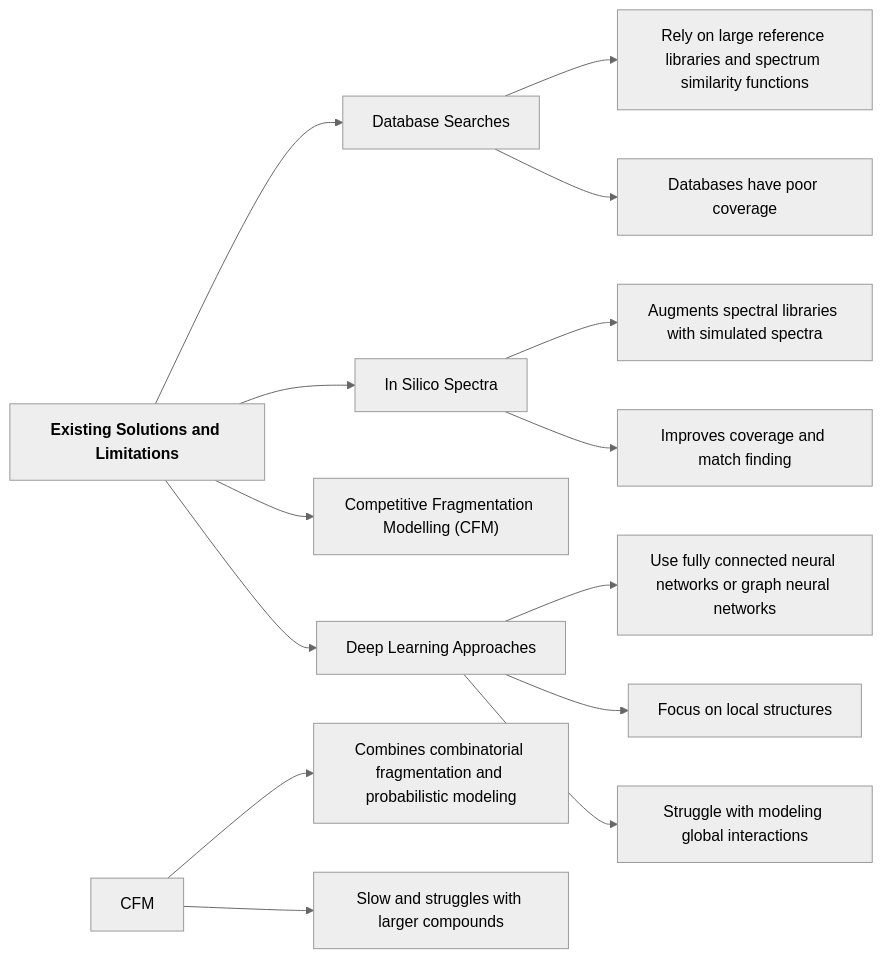
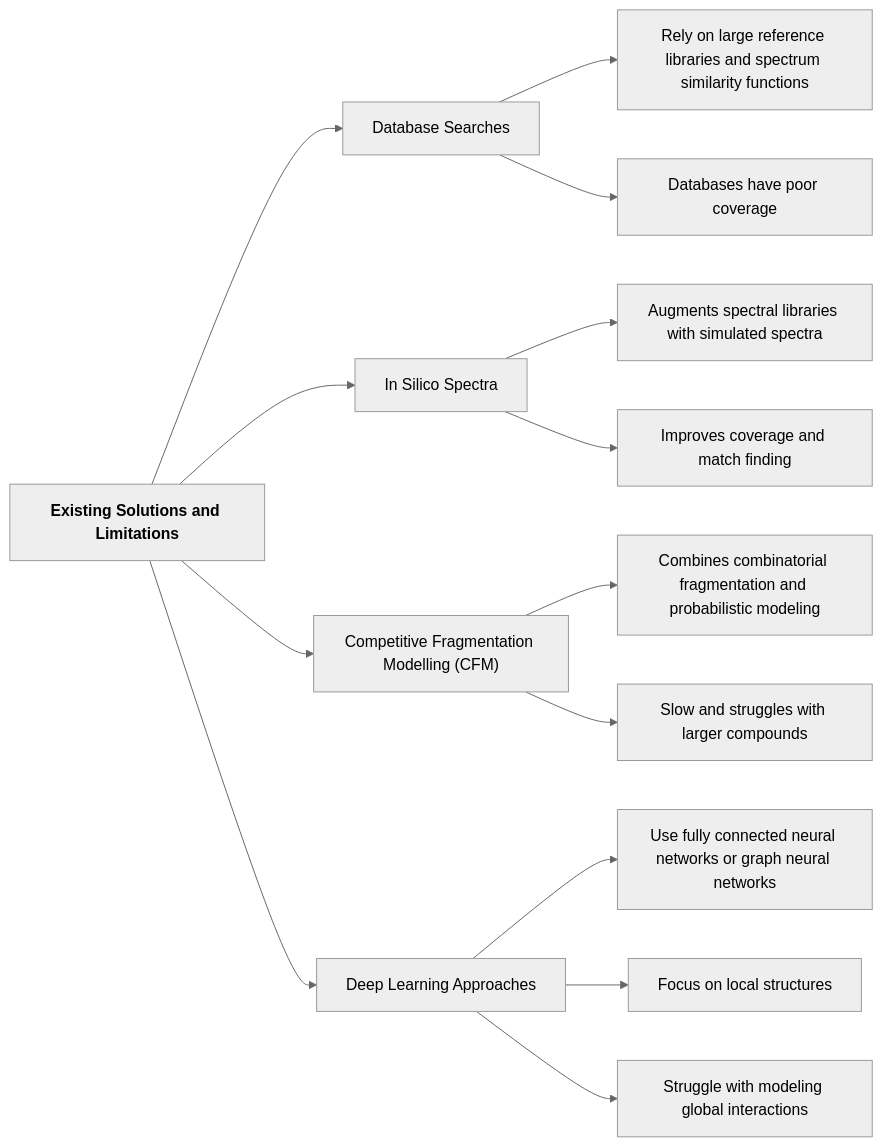
The fifth of 7 diagrams in papers/Metabolite_MS_Transformer/annotating-metabolite-mass-spectra-with-domain-inspired-chemical-formula-transformers.md (lamalab-org/toolminutes), drawn with Mermaid (neutral theme) before and after one commit.

Commit message:
Graph updated

````diff
--- a/papers/Metabolite_MS_Transformer/annotating-metabolite-mass-spectra-with-domain-inspired-chemical-formula-transformers.md
+++ b/papers/Metabolite_MS_Transformer/annotating-metabolite-mass-spectra-with-domain-inspired-chemical-formula-transformers.md
@@ -144,28 +144,28 @@
 ```mermaid
 %%{init: {"flowchart": {"htmlLabels": true}} }%%
 flowchart LR;
 
 Existing_Solutions_Limitations["<b>Existing Solutions and Limitations</b>"]
 
 Database_Searches["Database Searches"]
 Database_Searches --> Rely_large_libraries["Rely on large reference libraries and spectrum similarity functions"]
 Database_Searches --> Poor_coverage["Databases have poor coverage"]
 
 In_Silico_Spectra["In Silico Spectra"]
 In_Silico_Spectra --> Augments_libraries["Augments spectral libraries with simulated spectra"]
 In_Silico_Spectra --> Improves_coverage_match["Improves coverage and match finding"]
 
 Competitive_Fragmentation_Modelling["Competitive Fragmentation Modelling (CFM)"]
-CFM --> Combinatorial_fragmentation["Combines combinatorial fragmentation and probabilistic modeling"]
-CFM --> Slow_struggles_larger_compounds["Slow and struggles with larger compounds"]
+Competitive_Fragmentation_Modelling["Competitive Fragmentation Modelling (CFM)"] --> Combinatorial_fragmentation["Combines combinatorial fragmentation and probabilistic modeling"]
+Competitive_Fragmentation_Modelling["Competitive Fragmentation Modelling (CFM)"] --> Slow_struggles_larger_compounds["Slow and struggles with larger compounds"]
 
 Deep_Learning_Approaches["Deep Learning Approaches"]
 Deep_Learning_Approaches --> Fully_connected_networks["Use fully connected neural networks or graph neural networks"]
 Deep_Learning_Approaches --> Focus_local_structures["Focus on local structures"]
 Deep_Learning_Approaches --> Struggle_global_interactions["Struggle with modeling global interactions"]
 
 Existing_Solutions_Limitations --> Database_Searches
 Existing_Solutions_Limitations --> In_Silico_Spectra
 Existing_Solutions_Limitations --> Competitive_Fragmentation_Modelling
 Existing_Solutions_Limitations --> Deep_Learning_Approaches
 ```
````
